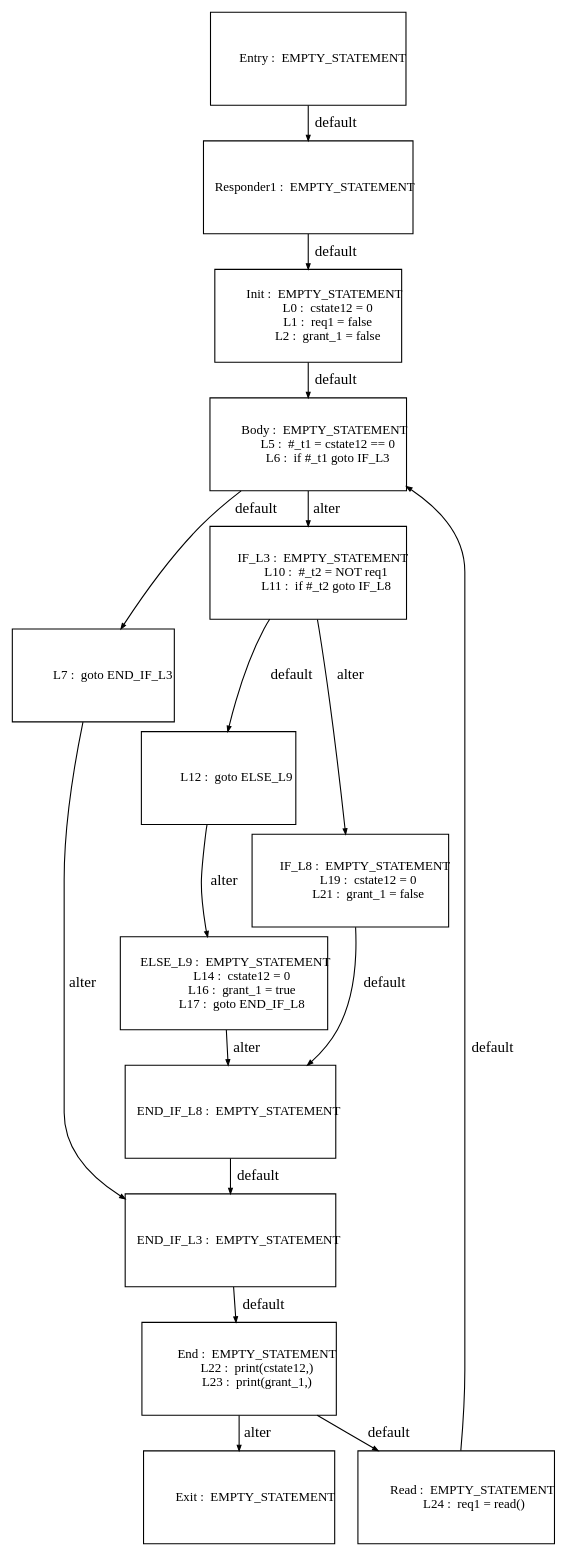
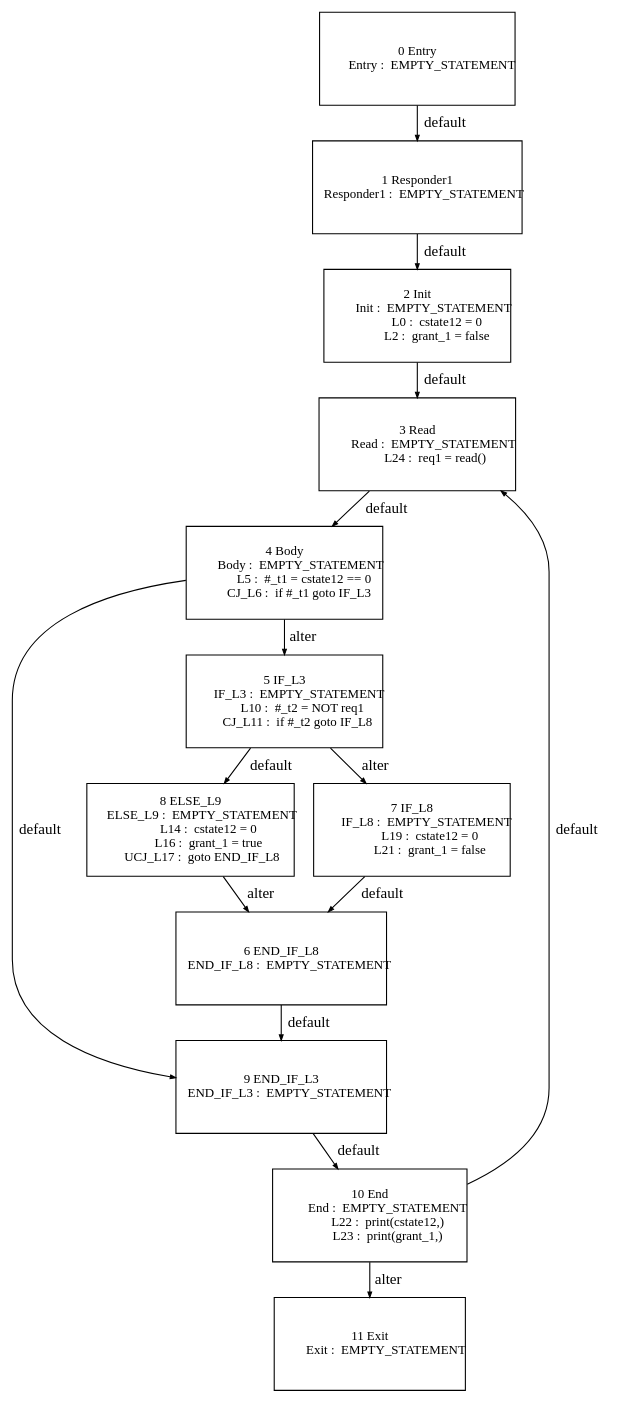
The diagram in tests_programs/paper1_tests/Responder1_output/Graph_DSE_0.dot (Geoffrey1014/ST_DSE), drawn with Graphviz before and after one commit. The commit also changed 172 other files, not shown here.

```diff
--- a/tests_programs/paper1_tests/Responder1_output/Graph_DSE_0.dot
+++ b/tests_programs/paper1_tests/Responder1_output/Graph_DSE_0.dot
@@ -1,122 +1,150 @@
 digraph G {
   ranksep=.25;
   edge [arrowsize=.5]
   node [shape=rectangle, fontname="ArialNarrow",
         fontsize=12,  height=1.2];
-  "     Responder1 :  EMPTY_STATEMENT
-"; "           Init :  EMPTY_STATEMENT
+  "2 Init
+           Init :  EMPTY_STATEMENT
              L0 :  cstate12 = 0
-             L1 :  req1 = false
              L2 :  grant_1 = false
-"; "           Body :  EMPTY_STATEMENT
+"; "1 Responder1
+     Responder1 :  EMPTY_STATEMENT
+"; "3 Read
+           Read :  EMPTY_STATEMENT
+            L24 :  req1 = read()
+"; "9 END_IF_L3
+      END_IF_L3 :  EMPTY_STATEMENT
+"; "0 Entry
+          Entry :  EMPTY_STATEMENT
+"; "11 Exit
+           Exit :  EMPTY_STATEMENT
+"; "4 Body
+           Body :  EMPTY_STATEMENT
              L5 :  #_t1 = cstate12 == 0
-             L6 :  if #_t1 goto IF_L3
-"; "             L7 :  goto END_IF_L3
-"; "          IF_L3 :  EMPTY_STATEMENT
-            L10 :  #_t2 = NOT req1
-            L11 :  if #_t2 goto IF_L8
-"; "            L12 :  goto ELSE_L9
-"; "        ELSE_L9 :  EMPTY_STATEMENT
+          CJ_L6 :  if #_t1 goto IF_L3
+"; "8 ELSE_L9
+        ELSE_L9 :  EMPTY_STATEMENT
             L14 :  cstate12 = 0
             L16 :  grant_1 = true
-            L17 :  goto END_IF_L8
-"; "          IF_L8 :  EMPTY_STATEMENT
+        UCJ_L17 :  goto END_IF_L8
+"; "5 IF_L3
+          IF_L3 :  EMPTY_STATEMENT
+            L10 :  #_t2 = NOT req1
+         CJ_L11 :  if #_t2 goto IF_L8
+"; "6 END_IF_L8
+      END_IF_L8 :  EMPTY_STATEMENT
+"; "7 IF_L8
+          IF_L8 :  EMPTY_STATEMENT
             L19 :  cstate12 = 0
             L21 :  grant_1 = false
-"; "      END_IF_L8 :  EMPTY_STATEMENT
-"; "      END_IF_L3 :  EMPTY_STATEMENT
-"; "          Entry :  EMPTY_STATEMENT
-"; "            End :  EMPTY_STATEMENT
+"; "10 End
+            End :  EMPTY_STATEMENT
             L22 :  print(cstate12,)
             L23 :  print(grant_1,)
-"; "           Exit :  EMPTY_STATEMENT
-"; "           Read :  EMPTY_STATEMENT
-            L24 :  req1 = read()
 "; 
-  "     Responder1 :  EMPTY_STATEMENT
-" -> "           Init :  EMPTY_STATEMENT
+  "1 Responder1
+     Responder1 :  EMPTY_STATEMENT
+" -> "2 Init
+           Init :  EMPTY_STATEMENT
              L0 :  cstate12 = 0
-             L1 :  req1 = false
              L2 :  grant_1 = false
 "  [label="default"];
-  "           Init :  EMPTY_STATEMENT
+  "2 Init
+           Init :  EMPTY_STATEMENT
              L0 :  cstate12 = 0
-             L1 :  req1 = false
              L2 :  grant_1 = false
-" -> "           Body :  EMPTY_STATEMENT
+" -> "3 Read
+           Read :  EMPTY_STATEMENT
+            L24 :  req1 = read()
+"  [label="default"];
+  "4 Body
+           Body :  EMPTY_STATEMENT
              L5 :  #_t1 = cstate12 == 0
-             L6 :  if #_t1 goto IF_L3
+          CJ_L6 :  if #_t1 goto IF_L3
+" -> "9 END_IF_L3
+      END_IF_L3 :  EMPTY_STATEMENT
 "  [label="default"];
-  "           Body :  EMPTY_STATEMENT
+  "4 Body
+           Body :  EMPTY_STATEMENT
              L5 :  #_t1 = cstate12 == 0
-             L6 :  if #_t1 goto IF_L3
-" -> "             L7 :  goto END_IF_L3
+          CJ_L6 :  if #_t1 goto IF_L3
+" -> "5 IF_L3
+          IF_L3 :  EMPTY_STATEMENT
+            L10 :  #_t2 = NOT req1
+         CJ_L11 :  if #_t2 goto IF_L8
+"  [label="alter"];
+  "5 IF_L3
+          IF_L3 :  EMPTY_STATEMENT
+            L10 :  #_t2 = NOT req1
+         CJ_L11 :  if #_t2 goto IF_L8
+" -> "8 ELSE_L9
+        ELSE_L9 :  EMPTY_STATEMENT
+            L14 :  cstate12 = 0
+            L16 :  grant_1 = true
+        UCJ_L17 :  goto END_IF_L8
 "  [label="default"];
-  "           Body :  EMPTY_STATEMENT
-             L5 :  #_t1 = cstate12 == 0
-             L6 :  if #_t1 goto IF_L3
-" -> "          IF_L3 :  EMPTY_STATEMENT
+  "5 IF_L3
+          IF_L3 :  EMPTY_STATEMENT
             L10 :  #_t2 = NOT req1
-            L11 :  if #_t2 goto IF_L8
-"  [label="alter"];
-  "             L7 :  goto END_IF_L3
-" -> "      END_IF_L3 :  EMPTY_STATEMENT
-"  [label="alter"];
-  "          IF_L3 :  EMPTY_STATEMENT
-            L10 :  #_t2 = NOT req1
-            L11 :  if #_t2 goto IF_L8
-" -> "            L12 :  goto ELSE_L9
-"  [label="default"];
-  "          IF_L3 :  EMPTY_STATEMENT
-            L10 :  #_t2 = NOT req1
-            L11 :  if #_t2 goto IF_L8
-" -> "          IF_L8 :  EMPTY_STATEMENT
+         CJ_L11 :  if #_t2 goto IF_L8
+" -> "7 IF_L8
+          IF_L8 :  EMPTY_STATEMENT
             L19 :  cstate12 = 0
             L21 :  grant_1 = false
 "  [label="alter"];
-  "            L12 :  goto ELSE_L9
-" -> "        ELSE_L9 :  EMPTY_STATEMENT
+  "8 ELSE_L9
+        ELSE_L9 :  EMPTY_STATEMENT
             L14 :  cstate12 = 0
             L16 :  grant_1 = true
-            L17 :  goto END_IF_L8
+        UCJ_L17 :  goto END_IF_L8
+" -> "6 END_IF_L8
+      END_IF_L8 :  EMPTY_STATEMENT
 "  [label="alter"];
-  "        ELSE_L9 :  EMPTY_STATEMENT
-            L14 :  cstate12 = 0
-            L16 :  grant_1 = true
-            L17 :  goto END_IF_L8
-" -> "      END_IF_L8 :  EMPTY_STATEMENT
-"  [label="alter"];
-  "          IF_L8 :  EMPTY_STATEMENT
+  "7 IF_L8
+          IF_L8 :  EMPTY_STATEMENT
             L19 :  cstate12 = 0
             L21 :  grant_1 = false
-" -> "      END_IF_L8 :  EMPTY_STATEMENT
+" -> "6 END_IF_L8
+      END_IF_L8 :  EMPTY_STATEMENT
 "  [label="default"];
-  "      END_IF_L8 :  EMPTY_STATEMENT
-" -> "      END_IF_L3 :  EMPTY_STATEMENT
+  "6 END_IF_L8
+      END_IF_L8 :  EMPTY_STATEMENT
+" -> "9 END_IF_L3
+      END_IF_L3 :  EMPTY_STATEMENT
 "  [label="default"];
-  "      END_IF_L3 :  EMPTY_STATEMENT
-" -> "            End :  EMPTY_STATEMENT
+  "9 END_IF_L3
+      END_IF_L3 :  EMPTY_STATEMENT
+" -> "10 End
+            End :  EMPTY_STATEMENT
             L22 :  print(cstate12,)
             L23 :  print(grant_1,)
 "  [label="default"];
-  "          Entry :  EMPTY_STATEMENT
-" -> "     Responder1 :  EMPTY_STATEMENT
+  "0 Entry
+          Entry :  EMPTY_STATEMENT
+" -> "1 Responder1
+     Responder1 :  EMPTY_STATEMENT
 "  [label="default"];
-  "            End :  EMPTY_STATEMENT
+  "10 End
+            End :  EMPTY_STATEMENT
             L22 :  print(cstate12,)
             L23 :  print(grant_1,)
-" -> "           Read :  EMPTY_STATEMENT
+" -> "3 Read
+           Read :  EMPTY_STATEMENT
             L24 :  req1 = read()
 "  [label="default"];
-  "            End :  EMPTY_STATEMENT
+  "10 End
+            End :  EMPTY_STATEMENT
             L22 :  print(cstate12,)
             L23 :  print(grant_1,)
-" -> "           Exit :  EMPTY_STATEMENT
+" -> "11 Exit
+           Exit :  EMPTY_STATEMENT
 "  [label="alter"];
-  "           Read :  EMPTY_STATEMENT
+  "3 Read
+           Read :  EMPTY_STATEMENT
             L24 :  req1 = read()
-" -> "           Body :  EMPTY_STATEMENT
+" -> "4 Body
+           Body :  EMPTY_STATEMENT
              L5 :  #_t1 = cstate12 == 0
-             L6 :  if #_t1 goto IF_L3
+          CJ_L6 :  if #_t1 goto IF_L3
 "  [label="default"];
 }
```
